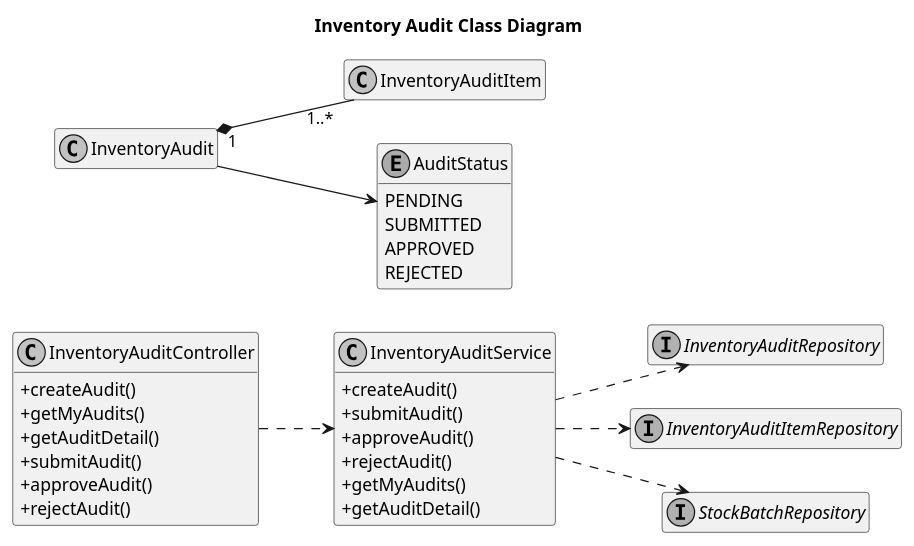
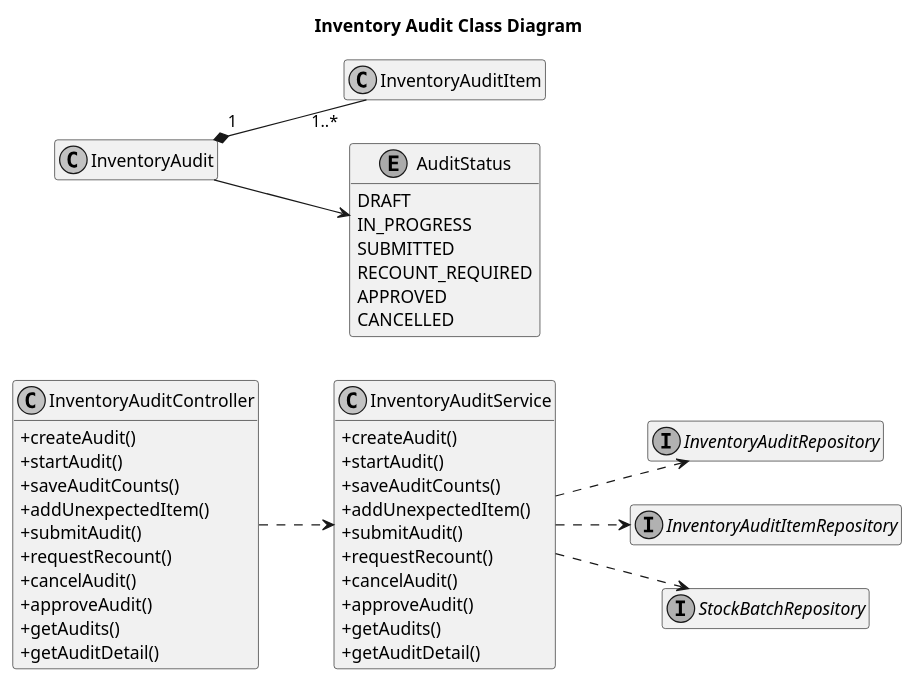
The first of 3 diagrams in docs/review3/diagrams/inventory-audit.md (vinhleechem/StockSpace_BE), drawn with PlantUML before and after one commit. The commit also changed other lines of this file and 20 other files, not shown here.

````diff
--- a/docs/review3/diagrams/inventory-audit.md
+++ b/docs/review3/diagrams/inventory-audit.md
@@ -5,48 +8,58 @@
 ```plantuml
 @startuml
 title Inventory Audit Class Diagram
 skinparam monochrome true
 skinparam shadowing false
 skinparam backgroundColor transparent
 skinparam classAttributeIconSize 0
 hide empty members
 left to right direction
 
 class InventoryAuditController {
   +createAudit()
-  +getMyAudits()
+  +startAudit()
+  +saveAuditCounts()
+  +addUnexpectedItem()
+  +submitAudit()
+  +requestRecount()
+  +cancelAudit()
+  +approveAudit()
+  +getAudits()
   +getAuditDetail()
-  +submitAudit()
-  +approveAudit()
-  +rejectAudit()
 }
 
 class InventoryAuditService {
   +createAudit()
+  +startAudit()
+  +saveAuditCounts()
+  +addUnexpectedItem()
   +submitAudit()
+  +requestRecount()
+  +cancelAudit()
   +approveAudit()
-  +rejectAudit()
-  +getMyAudits()
+  +getAudits()
   +getAuditDetail()
 }
 
 interface InventoryAuditRepository
 interface InventoryAuditItemRepository
 interface StockBatchRepository
 class InventoryAudit
 class InventoryAuditItem
 enum AuditStatus {
-  PENDING
+  DRAFT
+  IN_PROGRESS
   SUBMITTED
+  RECOUNT_REQUIRED
   APPROVED
-  REJECTED
+  CANCELLED
 }
 
 InventoryAuditController ..> InventoryAuditService
 InventoryAuditService ..> InventoryAuditRepository
 InventoryAuditService ..> InventoryAuditItemRepository
 InventoryAuditService ..> StockBatchRepository
 InventoryAudit "1" *-- "1..*" InventoryAuditItem
 InventoryAudit --> AuditStatus
 @enduml
 ```
````
